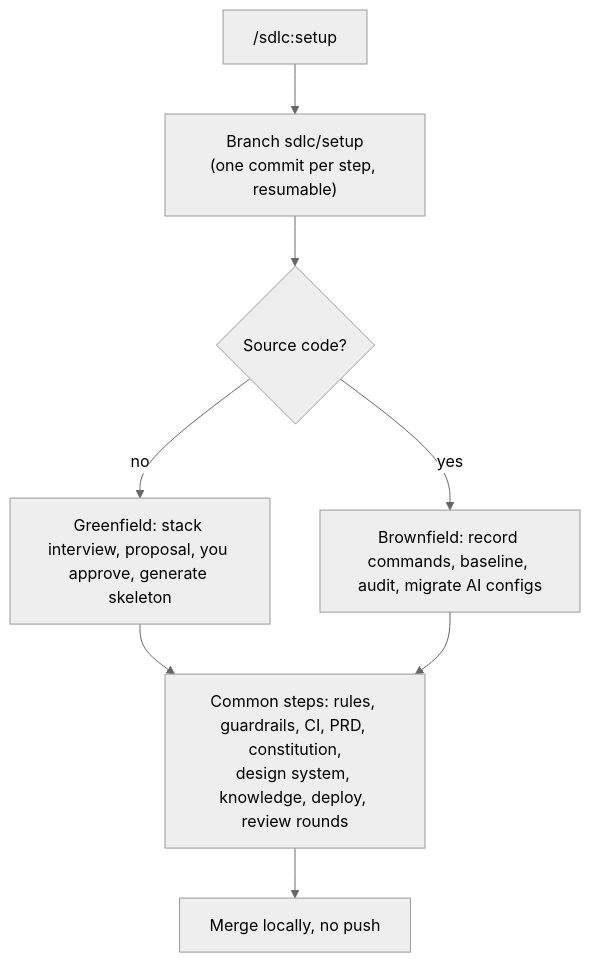
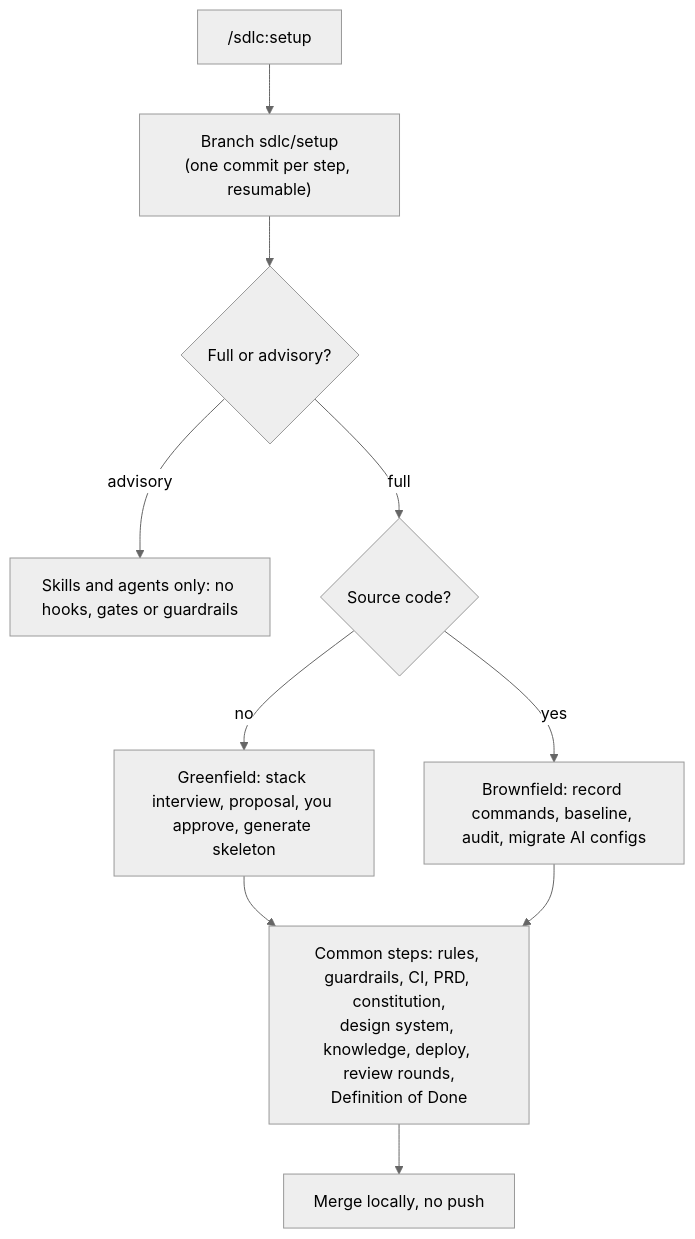
The first of 3 diagrams in docs/wiki/Project-setup.md (tammai/sdlc), drawn with Mermaid (neutral theme) before and after one commit. The commit also changed other lines of this file and 1 other file, not shown here.

Commit message:
docs: stale-docs round for 3.15.0

````diff
--- a/docs/wiki/Project-setup.md
+++ b/docs/wiki/Project-setup.md
@@ -5,10 +5,13 @@
 ```mermaid
 flowchart TD
     S["/sdlc:setup"] --> BR["Branch sdlc/setup<br/>(one commit per step, resumable)"]
-    BR --> K{"Source code?"}
+    BR --> MD{"Full or advisory?"}
+    MD -->|advisory| AD["Skills and agents only: no hooks, gates or guardrails"]
+    MD -->|full| K
+    K{"Source code?"}
     K -->|no| G["Greenfield: stack interview, proposal, you approve, generate skeleton"]
     K -->|yes| BF["Brownfield: record commands, baseline, audit, migrate AI configs"]
-    G --> C["Common steps: rules, guardrails, CI, PRD, constitution,<br/>design system, knowledge, deploy, review rounds"]
+    G --> C["Common steps: rules, guardrails, CI, PRD, constitution,<br/>design system, knowledge, deploy, review rounds,<br/>Definition of Done"]
     BF --> C
     C --> M["Merge locally, no push"]
 ```
````
